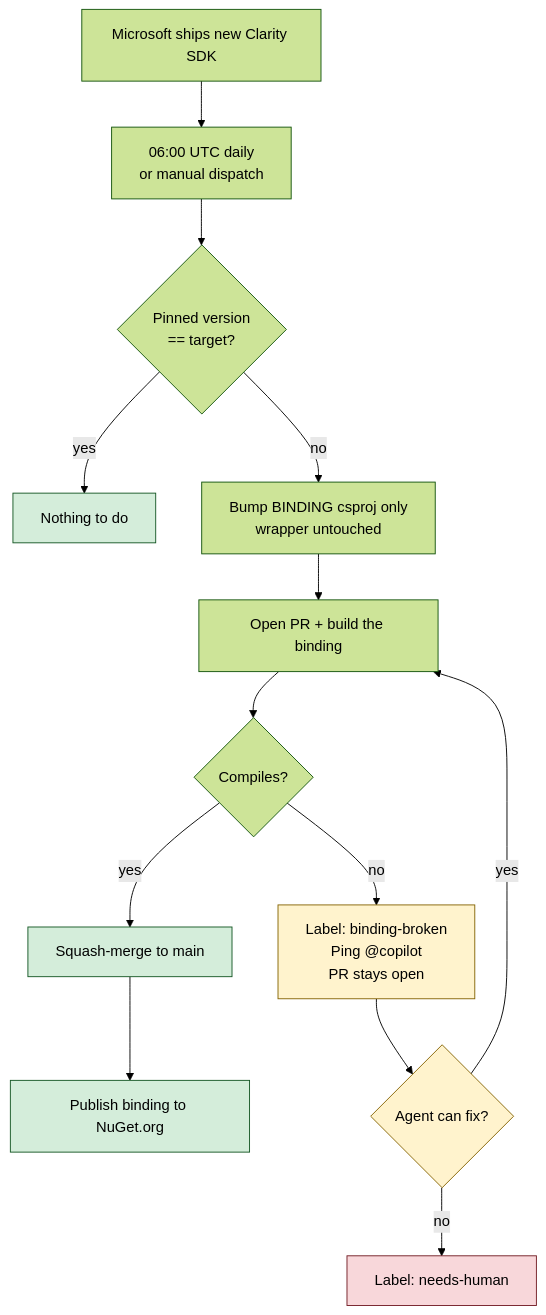
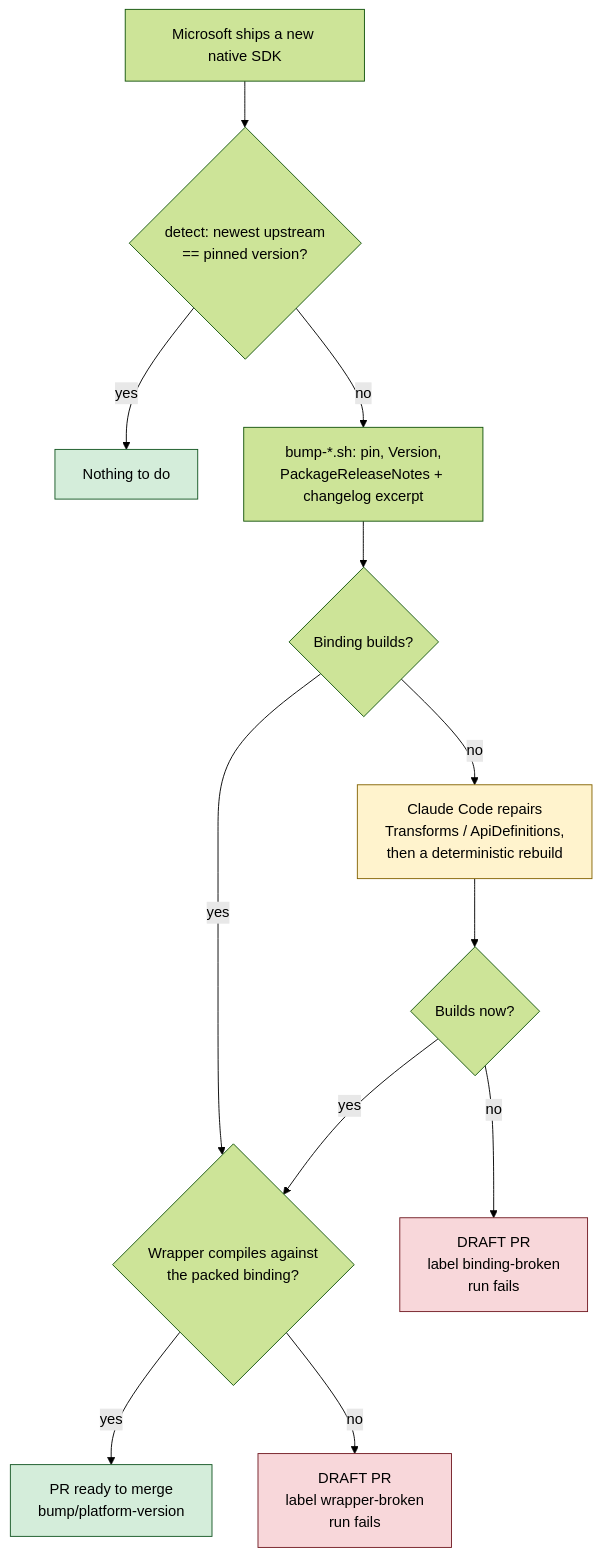
One commit to Kebechet/Maui.MicrosoftClarity changed the diagram in README.md. Above: the diagram before and after it, drawn with Mermaid (forest theme). The commit also changed other lines of this file and 18 other files, not shown here.

First line of the commit message:
feat(ci): TryBumpAndroid / TryBumpIOS - one standalone, verified PR per native SDK bump

````diff
--- a/README.md
+++ b/README.md
@@ -69,23 +72,21 @@
 ```mermaid
 flowchart TD
-    A[Microsoft ships new Clarity SDK] --> B[06:00 UTC daily<br/>or manual dispatch]
-    B --> C{Pinned version<br/>== target?}
-    C -->|yes| Z[Nothing to do]
-    C -->|no| D[Bump BINDING csproj only<br/>wrapper untouched]
-    D --> E[Open PR + build the binding]
-    E --> F{Compiles?}
-    F -->|no| G[Label: binding-broken<br/>Ping @copilot<br/>PR stays open]
-    F -->|yes| H[Squash-merge to main]
-    H --> I[Publish binding to NuGet.org]
-
-    G --> J{Agent can fix?}
-    J -->|yes| E
-    J -->|no| K[Label: needs-human]
+    A[Microsoft ships a new native SDK] --> B{detect: newest upstream<br/>== pinned version?}
+    B -->|yes| Z[Nothing to do]
+    B -->|no| C[bump-*.sh: pin, Version,<br/>PackageReleaseNotes + changelog excerpt]
+    C --> D{Binding builds?}
+    D -->|no| E[Claude Code repairs<br/>Transforms / ApiDefinitions,<br/>then a deterministic rebuild]
+    E --> F{Builds now?}
+    D -->|yes| G{Wrapper compiles against<br/>the packed binding?}
+    F -->|yes| G
+    F -->|no| H[DRAFT PR<br/>label binding-broken<br/>run fails]
+    G -->|yes| I[PR ready to merge<br/>bump/platform-version]
+    G -->|no| J[DRAFT PR<br/>label wrapper-broken<br/>run fails]
 
     classDef happy fill:#d4edda,stroke:#155724,color:#000
     classDef warn fill:#fff3cd,stroke:#856404,color:#000
-    classDef human fill:#f8d7da,stroke:#721c24,color:#000
-    class H,I,Z happy
-    class G,J warn
-    class K human
+    classDef bad fill:#f8d7da,stroke:#721c24,color:#000
+    class I,Z happy
+    class E warn
+    class H,J bad
 ```
````
